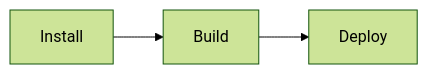
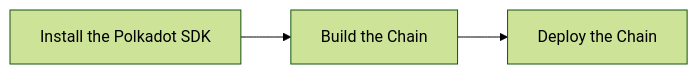
One commit to polkadot-developers/polkadot-docs changed the diagram in develop/blockchains/get-started/intro-polkadot-sdk.md. Above: the diagram before and after it, drawn with Mermaid (forest theme).

Commit message:
Update diagram

````diff
--- a/develop/blockchains/get-started/intro-polkadot-sdk.md
+++ b/develop/blockchains/get-started/intro-polkadot-sdk.md
@@ -74,5 +74,5 @@
 ```mermaid
 graph LR
-    A[Install] --> B[Build]
-    B --> C[Deploy]
+    A[Install the Polkadot SDK] --> B[Build the Chain]
+    B --> C[Deploy the Chain]
 ```
````
